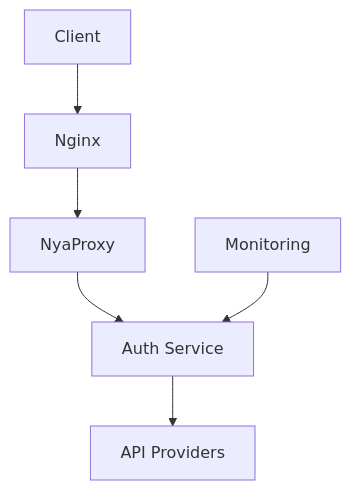
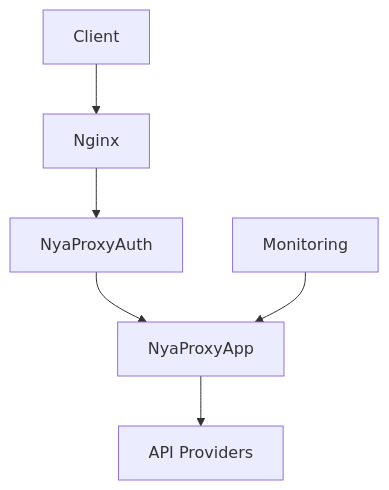
One commit to Nya-Foundation/NyaProxy changed the first of 2 diagrams in README.md. Above: the diagram before and after it, drawn with Mermaid. The commit also changed other lines of this file and 3 other files, not shown here.

````diff
--- a/README.md
+++ b/README.md
@@ -220,8 +232,8 @@
 ```mermaid
 graph TD
     A[Client] --> B[Nginx]
-    B --> C[NyaProxy]
-    C --> D[Auth Service]
+    B --> C[NyaProxyAuth]
+    C --> D[NyaProxyApp]
     D --> E[API Providers]
     F[Monitoring] --> D
 ```
````
